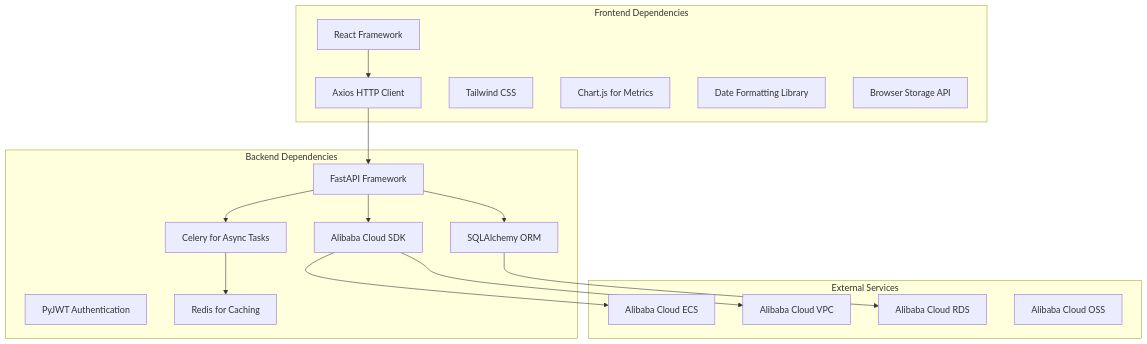
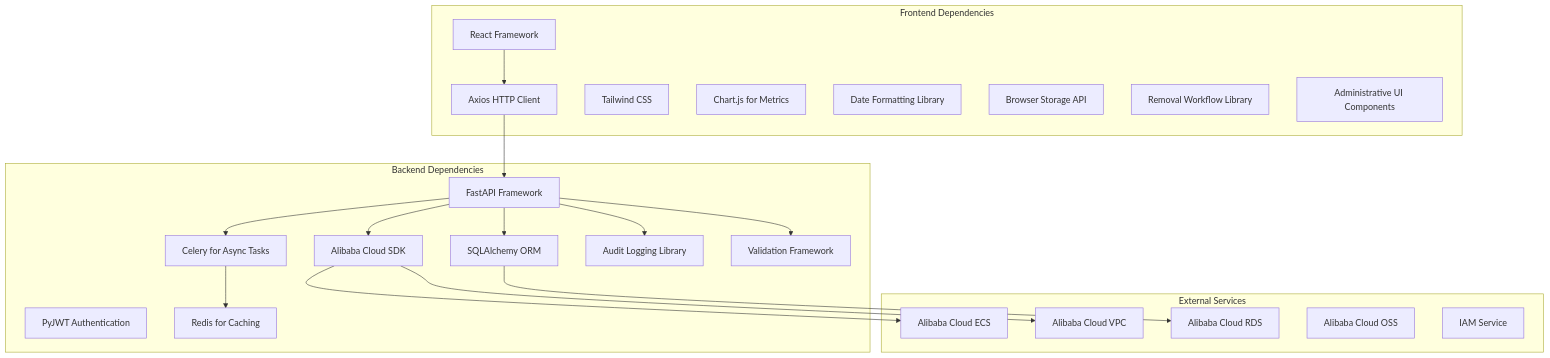
One commit to 14Lucifer/hackathon_ecs_creator changed the sixth of 6 diagrams in .qoder/repowiki/en/content/Frontend Development/Page Components & Routing/Active Resource Monitoring.md. Above: the diagram before and after it, drawn with Mermaid. The commit also changed other lines of this file and 92 other files, not shown here.

````diff
--- a/.qoder/repowiki/en/content/Frontend Development/Page Components & Routing/Active Resource Monitoring.md
+++ b/.qoder/repowiki/en/content/Frontend Development/Page Components & Routing/Active Resource Monitoring.md
@@ -412,34 +504,41 @@
 ```mermaid
 graph TB
 subgraph "Frontend Dependencies"
 React[React Framework]
 Axios[Axios HTTP Client]
 Tailwind[Tailwind CSS]
 ChartJS[Chart.js for Metrics]
 DateFns[Date Formatting Library]
 LocalStorage[Browser Storage API]
+RemovalLib[Removal Workflow Library]
+AdminUI[Administrative UI Components]
 end
 subgraph "Backend Dependencies"
 FastAPI[FastAPI Framework]
 SQLAlchemy[SQLAlchemy ORM]
 PyJWT[PyJWT Authentication]
 AliyunSDK[Alibaba Cloud SDK]
 Celery[Celery for Async Tasks]
 Redis[Redis for Caching]
+AuditLib[Audit Logging Library]
+ValidationLib[Validation Framework]
 end
 subgraph "External Services"
 ECS[Alibaba Cloud ECS]
 VPC[Alibaba Cloud VPC]
 RDS[Alibaba Cloud RDS]
 S3[Alibaba Cloud OSS]
+IAM[IAM Service]
 end
 React --> Axios
 Axios --> FastAPI
 FastAPI --> SQLAlchemy
 FastAPI --> AliyunSDK
 FastAPI --> Celery
+FastAPI --> AuditLib
+FastAPI --> ValidationLib
 Celery --> Redis
 AliyunSDK --> ECS
 AliyunSDK --> VPC
 SQLAlchemy --> RDS
 ```
````
